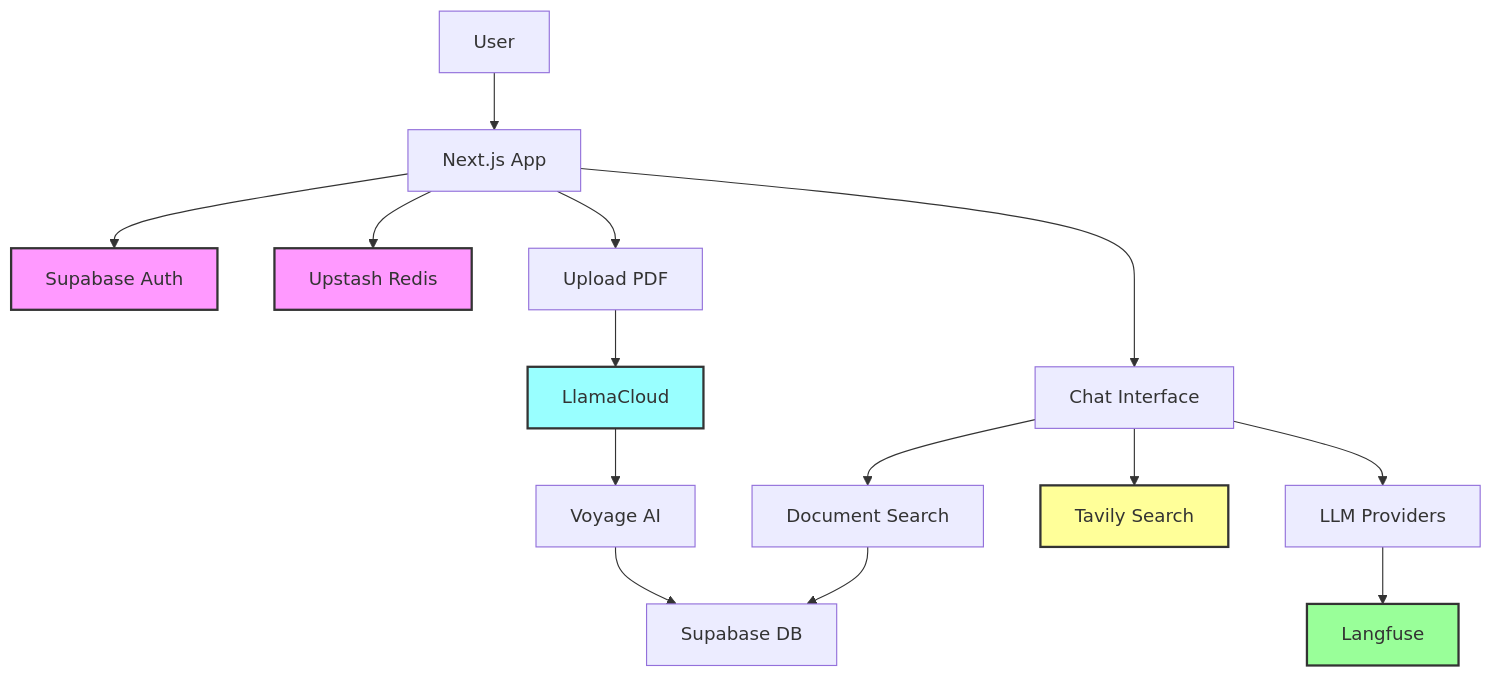
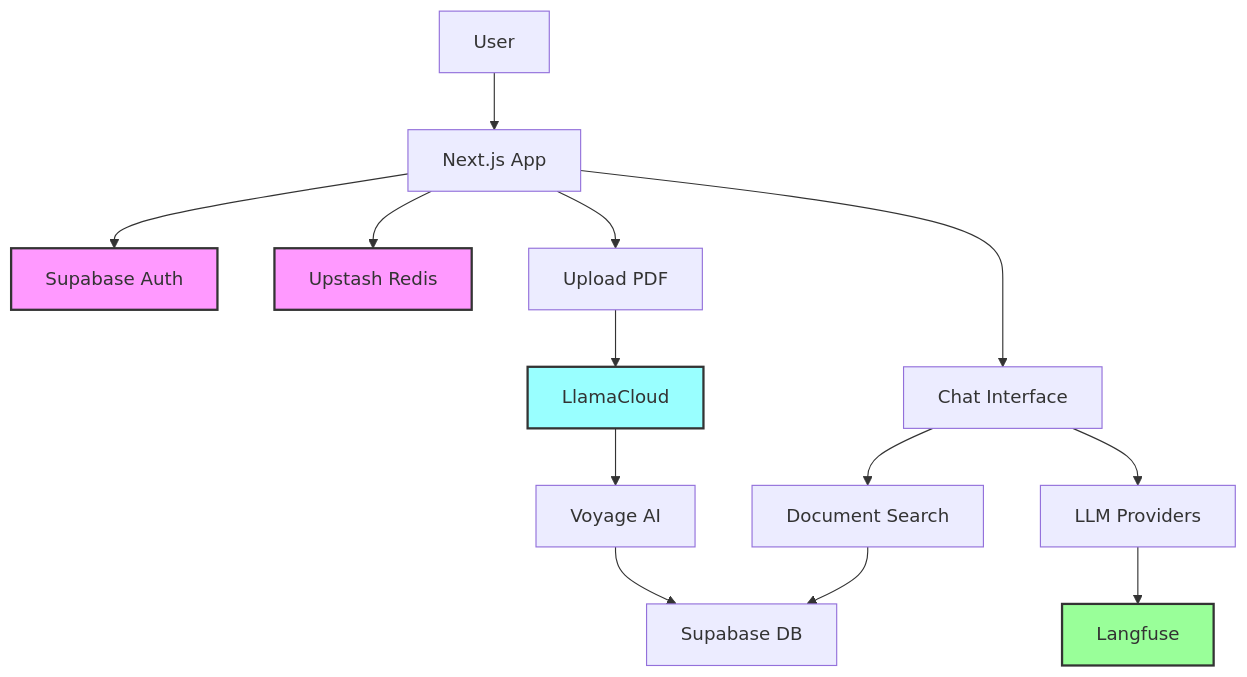
Before and after one commit to CryptoRadi/SupabaseAuthWithSSR: the diagram in docs/external_services_overview.md, drawn with Mermaid. The commit also changed other lines of this file and 19 other files, not shown here.

````diff
--- a/docs/external_services_overview.md
+++ b/docs/external_services_overview.md
@@ -326,25 +278,23 @@
 ```mermaid
 graph TD
     A[User] --> B[Next.js App]
     B --> C[Supabase Auth]
     B --> D[Upstash Redis]
     
     B --> E[Upload PDF]
     E --> F[LlamaCloud]
     F --> G[Voyage AI]
     G --> H[Supabase DB]
     
     B --> I[Chat Interface]
     I --> J[LLM Providers]
-    I --> K[Tavily Search]
-    I --> L[Document Search]
-    L --> H
+    I --> K[Document Search]
+    K --> H
     
-    J --> M[Langfuse]
+    J --> L[Langfuse]
     
     style C fill:#f9f,stroke:#333,stroke-width:2px
     style D fill:#f9f,stroke:#333,stroke-width:2px
     style F fill:#9ff,stroke:#333,stroke-width:2px
-    style K fill:#ff9,stroke:#333,stroke-width:2px
-    style M fill:#9f9,stroke:#333,stroke-width:2px
+    style L fill:#9f9,stroke:#333,stroke-width:2px
 ```
````
